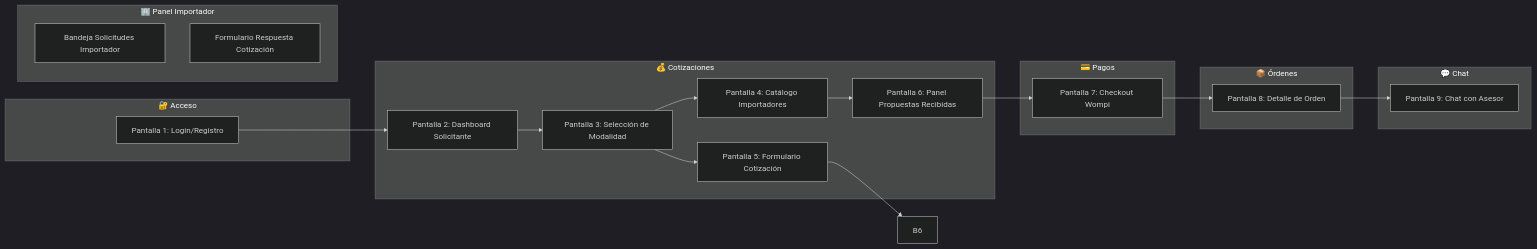
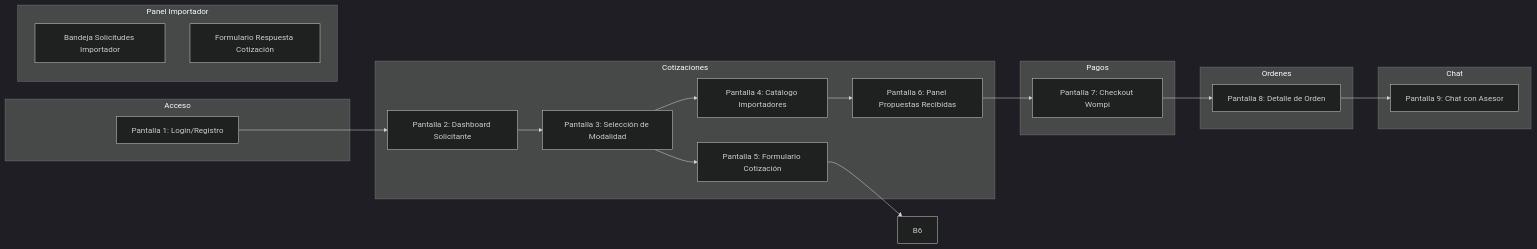
Before and after one commit to JuanEstebanAstaiza/ImportacionesQ8: the eighth of 9 diagrams in ImportacionesQ8V/00-Index-y-Navegacion/Mapa-Conexiones-Obsidian.md, drawn with Mermaid (dark theme). The commit also changed other lines of this file and 19 other files, not shown here.

````diff
--- a/ImportacionesQ8V/00-Index-y-Navegacion/Mapa-Conexiones-Obsidian.md
+++ b/ImportacionesQ8V/00-Index-y-Navegacion/Mapa-Conexiones-Obsidian.md
@@ -277,41 +277,41 @@
 ```mermaid
 graph LR
-    subgraph Acceso["🔐 Acceso"]
+    subgraph Acceso["Acceso"]
         A1[Pantalla 1: Login/Registro]
     end
 
-    subgraph Cotizaciones["💰 Cotizaciones"]
+    subgraph Cotizaciones["Cotizaciones"]
         B1[Pantalla 2: Dashboard Solicitante]
         B2[Pantalla 3: Selección de Modalidad]
         B3[Pantalla 4: Catálogo Importadores]
         B4[Pantalla 5: Formulario Cotización]
         B5[Pantalla 6: Panel Propuestas Recibidas]
     end
 
-    subgraph Pagos["💳 Pagos"]
+    subgraph Pagos["Pagos"]
         C1[Pantalla 7: Checkout Wompi]
     end
 
-    subgraph Ordenes["📦 Órdenes"]
+    subgraph Ordenes["Ordenes"]
         D1[Pantalla 8: Detalle de Orden]
     end
 
-    subgraph Chat["💬 Chat"]
+    subgraph Chat["Chat"]
         E1[Pantalla 9: Chat con Asesor]
     end
 
-    subgraph Importador["🏢 Panel Importador"]
+    subgraph Importador["Panel Importador"]
         F1[Bandeja Solicitudes Importador]
         F2[Formulario Respuesta Cotización]
     end
 
     A1 --> B1
     B1 --> B2
     B2 --> B3
     B2 --> B4
     B3 --> B5
     B4 --> B6
     B5 --> C1
     C1 --> D1
     D1 --> E1
 ```
````
